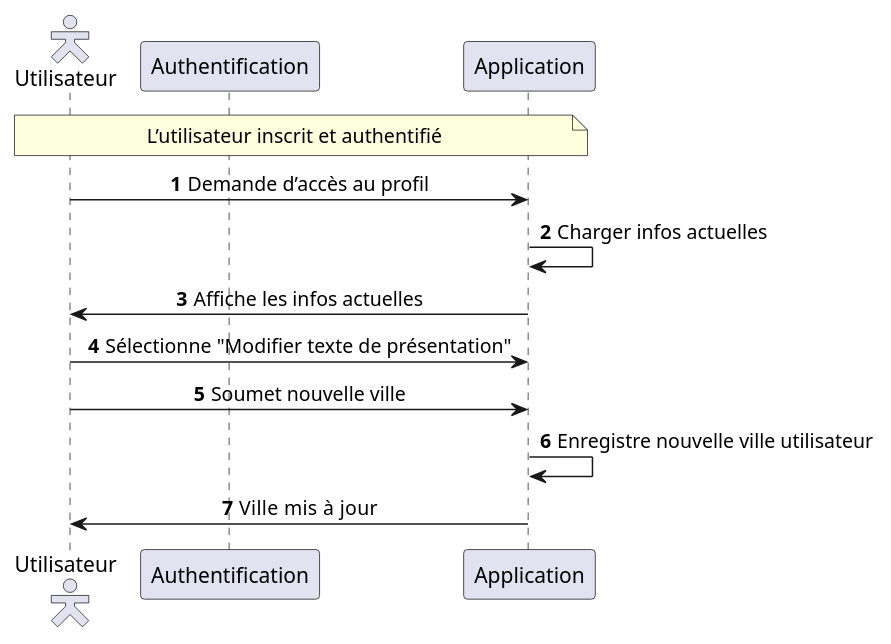
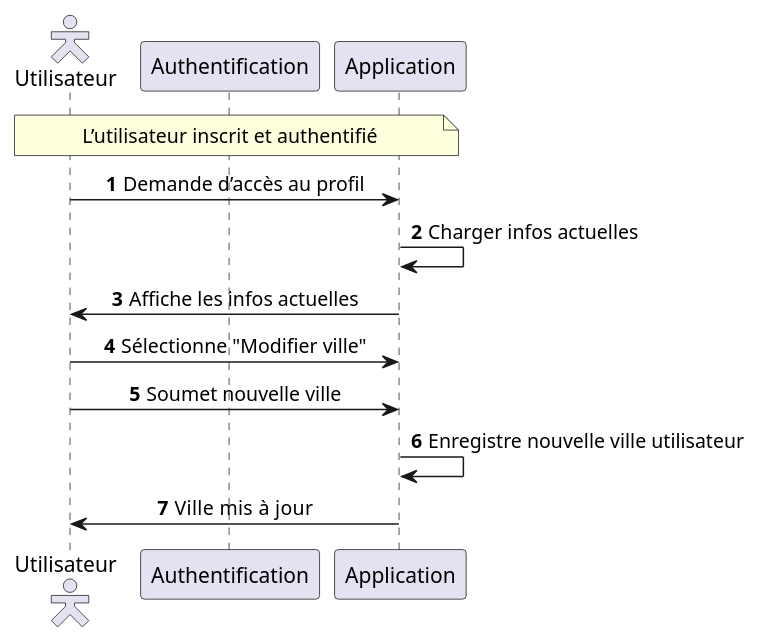
One commit to MinaroliCorentin/PSO changed the diagram in src/Description_des_scenarios_Config_Utilisateur_modifier_ville.puml. Above: the diagram before and after it, drawn with PlantUML. The commit also changed 2 other files, not shown here.

```diff
--- a/src/Description_des_scenarios_Config_Utilisateur_modifier_ville.puml
+++ b/src/Description_des_scenarios_Config_Utilisateur_modifier_ville.puml
@@ -1,21 +1,21 @@
 @startuml
 autonumber
 skinparam sequenceMessageAlign center
 skinparam actorStyle hollow
 
 actor "Utilisateur" as user
 participant "Authentification" as auth
 participant "Application" as app
 
 note over user, app
 L’utilisateur inscrit et authentifié
 end note
 
 user -> app : Demande d’accès au profil
 app -> app : Charger infos actuelles
 app -> user : Affiche les infos actuelles
-user -> app : Sélectionne "Modifier texte de présentation"
+user -> app : Sélectionne "Modifier ville"
 user -> app : Soumet nouvelle ville
 app -> app : Enregistre nouvelle ville utilisateur
 app -> user : Ville  mis à jour
 @enduml
```
